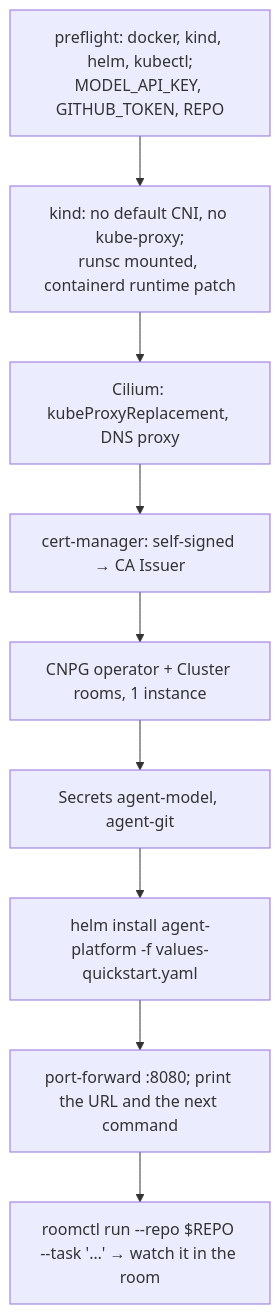
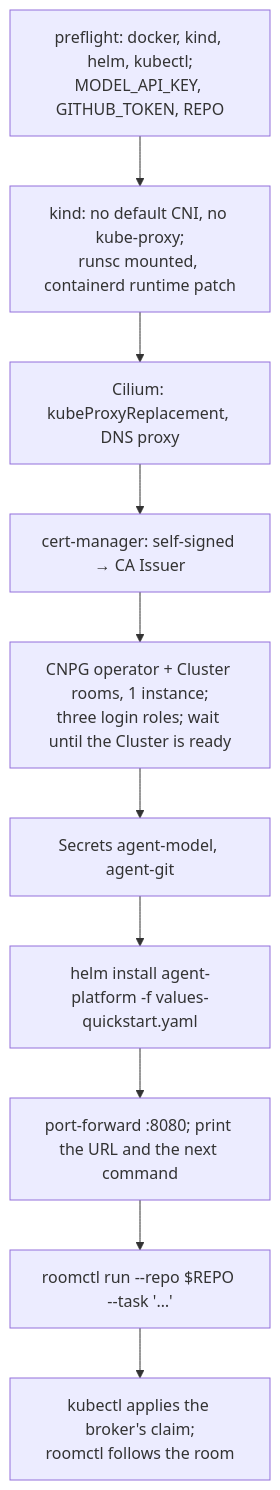
One commit to Smana/agent-platform changed the diagram in docs/superpowers/specs/2026-10-18-install-anywhere-design.md. Above: the diagram before and after it, drawn with Mermaid. The commit also changed other lines of this file and 49 other files, not shown here.

````diff
--- a/docs/superpowers/specs/2026-10-18-install-anywhere-design.md
+++ b/docs/superpowers/specs/2026-10-18-install-anywhere-design.md
@@ -121,11 +183,12 @@
 ```mermaid
 flowchart TD
   P[preflight: docker, kind, helm, kubectl;<br/>MODEL_API_KEY, GITHUB_TOKEN, REPO] --> K[kind: no default CNI, no kube-proxy;<br/>runsc mounted, containerd runtime patch]
   K --> C[Cilium: kubeProxyReplacement, DNS proxy]
   C --> M[cert-manager: self-signed → CA Issuer]
-  M --> N[CNPG operator + Cluster rooms, 1 instance]
+  M --> N[CNPG operator + Cluster rooms, 1 instance;<br/>three login roles; wait until the Cluster is ready]
   N --> S[Secrets agent-model, agent-git]
   S --> H[helm install agent-platform -f values-quickstart.yaml]
   H --> F[port-forward :8080; print the URL and the next command]
-  F --> R["roomctl run --repo $REPO --task '…' → watch it in the room"]
+  F --> R["roomctl run --repo $REPO --task '…'"]
+  R --> X[kubectl applies the broker's claim;<br/>roomctl follows the room]
 ```
````
